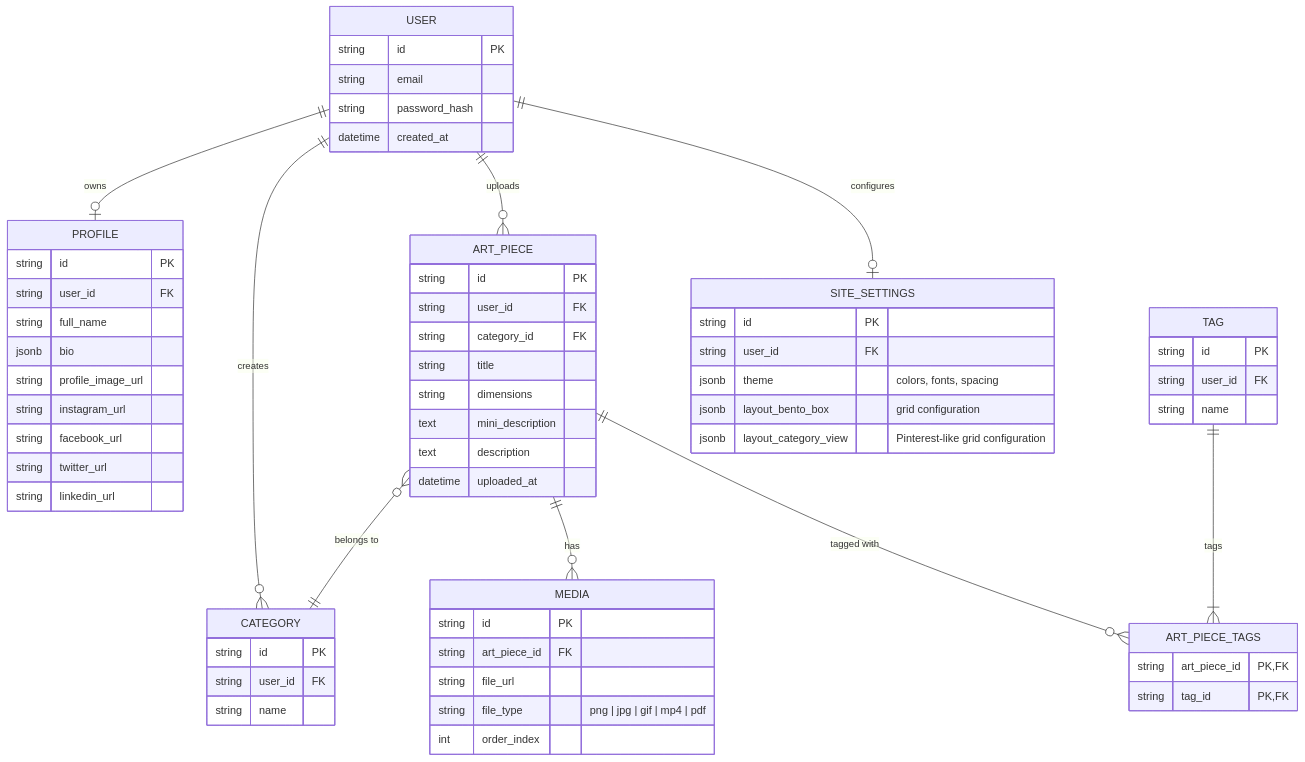
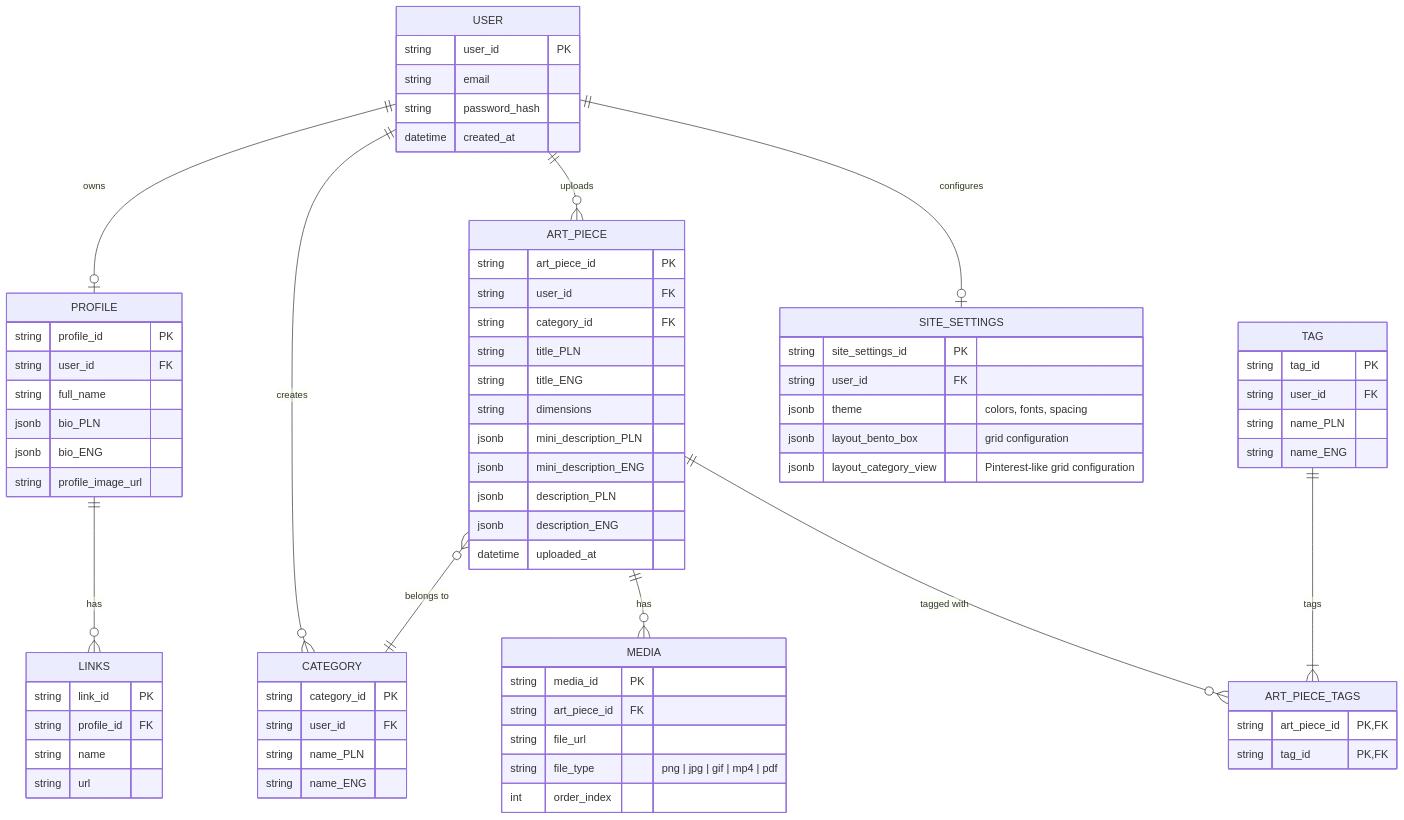
Before and after one commit to artsea-project/notes: the diagram in general/md/database_project.md, drawn with Mermaid.

Commit message:
Add changes to database project according to meeting

````diff
--- a/general/md/database_project.md
+++ b/general/md/database_project.md
@@ -4,43 +4,51 @@
 ```mermaid
 erDiagram
     USER {
-        string id PK
+        string user_id PK
         string email
         string password_hash
         datetime created_at
     }
 
     PROFILE {
-        string id PK
+        string profile_id PK
         string user_id FK
         string full_name
-        jsonb bio 
+        jsonb bio_PLN
+        jsonb bio_ENG
         string profile_image_url
-        string instagram_url
-        string facebook_url
-        string twitter_url
-        string linkedin_url
     }
 
+    LINKS {
+        string link_id PK
+        string profile_id FK
+        string name
+        string url
+    }
+    
     CATEGORY {
-        string id PK
+        string category_id PK
         string user_id FK
-        string name 
+        string name_PLN
+        string name_ENG 
     }
 
     ART_PIECE {
-        string id PK
+        string art_piece_id PK
         string user_id FK
         string category_id FK
-        string title
+        string title_PLN
+        string title_ENG
         string dimensions
-        text mini_description
-        text description
+        jsonb mini_description_PLN
+        jsonb mini_description_ENG
+        jsonb description_PLN
+        jsonb description_ENG
         datetime uploaded_at
     }
 
     MEDIA {
-        string id PK
+        string media_id PK
         string art_piece_id FK
         string file_url
         string file_type "png | jpg | gif | mp4 | pdf"
@@ -48,9 +56,10 @@
     }
 
     TAG {
-        string id PK
+        string tag_id PK
         string user_id FK
-        string name 
+        string name_PLN
+        string name_ENG
     }
 
     ART_PIECE_TAGS {
@@ -59,7 +68,7 @@
     }
 
     SITE_SETTINGS {
-        string id PK
+        string site_settings_id PK
         string user_id FK
         jsonb theme "colors, fonts, spacing"
         jsonb layout_bento_box "grid configuration"
@@ -74,4 +83,5 @@
     ART_PIECE ||--o{ ART_PIECE_TAGS : "tagged with"
     TAG ||--|{ ART_PIECE_TAGS : "tags"
     USER ||--o| SITE_SETTINGS : "configures"
+    PROFILE ||--o{ LINKS : "has"
 ```
````
